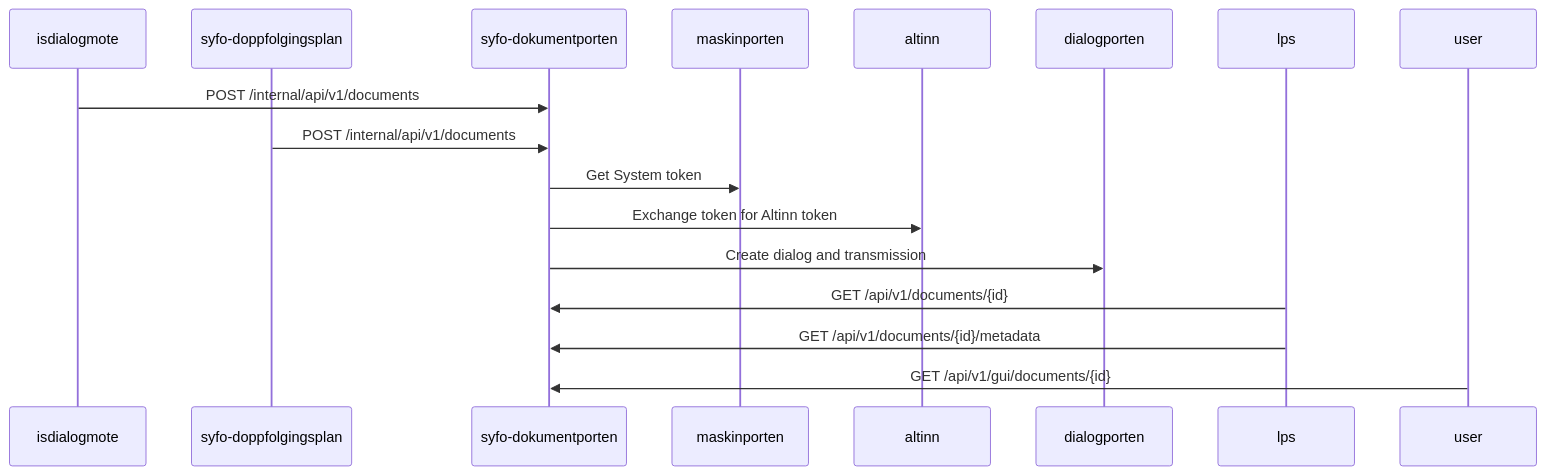
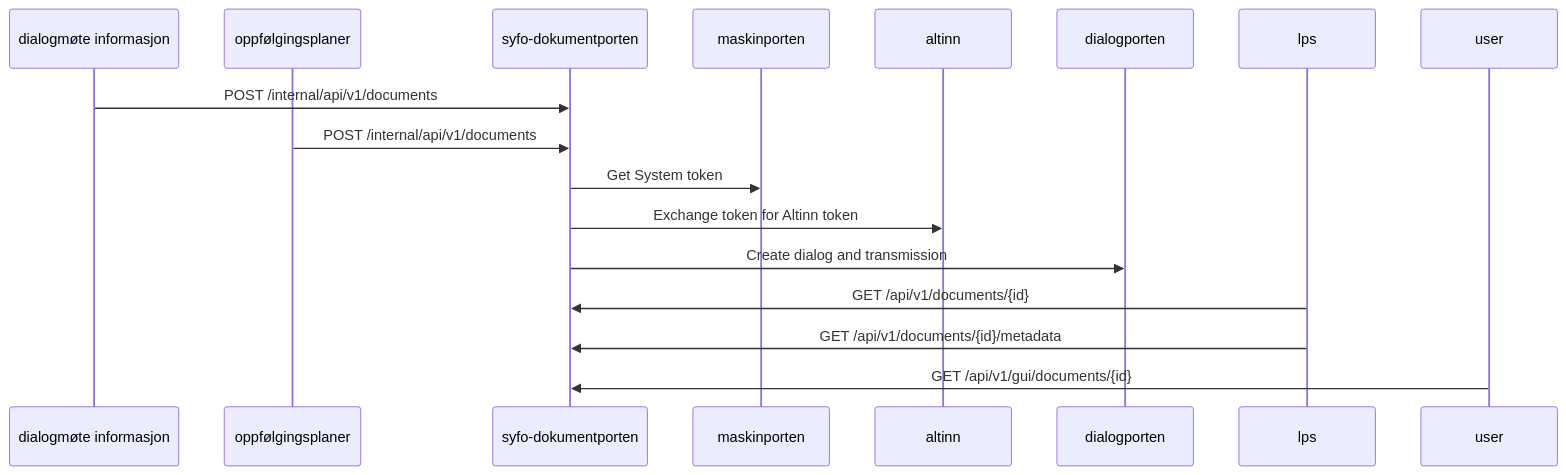
The second of 3 diagrams in README.md (navikt/syfo-dokumentporten), drawn with Mermaid before and after one commit. The commit also changed other lines of this file, not shown here.

Commit message:
Showing the source of documents in request flow from LPS perspective

````diff
--- a/README.md
+++ b/README.md
@@ -51,20 +55,20 @@
 ```mermaid
 sequenceDiagram
-    participant isdialogmote
-    participant oppfolginsplan as syfo-doppfolgingsplan
+    participant dialogmote as dialogmøte informasjon 
+    participant oppfolginsplan as oppfølgingsplaner
     participant dokumentporten as syfo-dokumentporten
     participant maskinporten
     participant altinn
     participant dialogporten
     participant lps
     participant user
-        
-    isdialogmote ->> dokumentporten: POST /internal/api/v1/documents
+
+    dialogmote ->> dokumentporten: POST /internal/api/v1/documents
     oppfolginsplan ->> dokumentporten: POST /internal/api/v1/documents
     dokumentporten ->> maskinporten: Get System token
     dokumentporten ->> altinn: Exchange token for Altinn token
     dokumentporten ->> dialogporten: Create dialog and transmission
     lps ->> dokumentporten: GET /api/v1/documents/{id}
     lps ->> dokumentporten: GET /api/v1/documents/{id}/metadata
     user ->> dokumentporten: GET /api/v1/gui/documents/{id}
 ```
````
